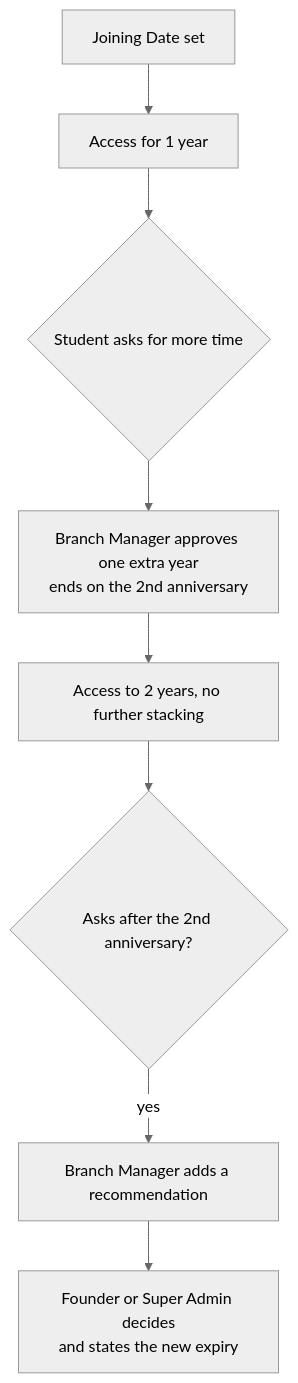
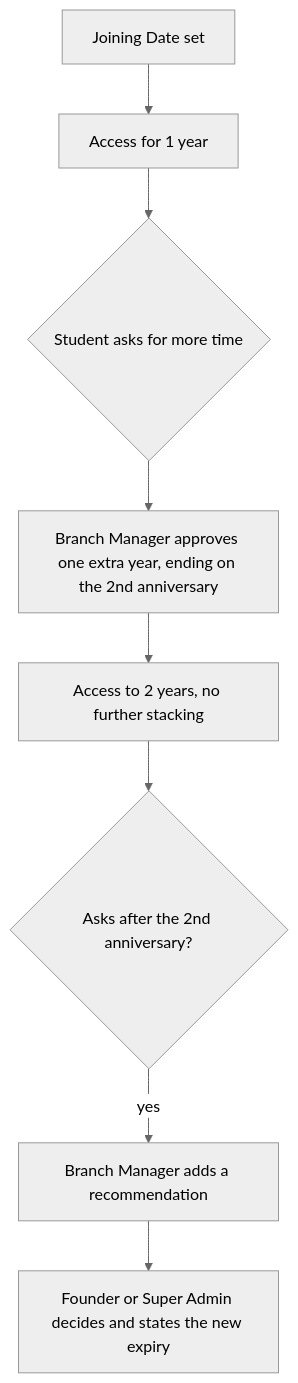
Diagram 11 of 17 in docs/PRODUCT_GUIDE.md (misterpk-18/nipunalms), drawn with Mermaid (neutral theme) before and after one commit. The commit also changed other lines of this file, not shown here.

Commit message:
Product guide: simpler Mermaid syntax, taller layouts, assignment and test charts split

````diff
--- a/docs/PRODUCT_GUIDE.md
+++ b/docs/PRODUCT_GUIDE.md
@@ -227,10 +228,10 @@
 ```mermaid
 flowchart TD
     J["Joining Date set"] --> A["Access for 1 year"]
     A --> B{"Student asks for more time"}
-    B --> C["Branch Manager approves one extra year<br/>ends on the 2nd anniversary"]
+    B --> C["Branch Manager approves one extra year, ending on the 2nd anniversary"]
     C --> D["Access to 2 years, no further stacking"]
     D --> E{"Asks after the 2nd anniversary?"}
     E -->|"yes"| F["Branch Manager adds a recommendation"]
-    F --> G["Founder or Super Admin decides<br/>and states the new expiry"]
+    F --> G["Founder or Super Admin decides and states the new expiry"]
 ```
````
